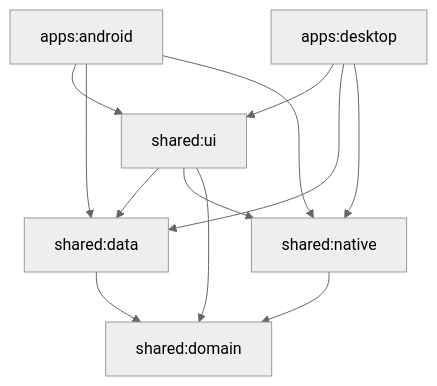
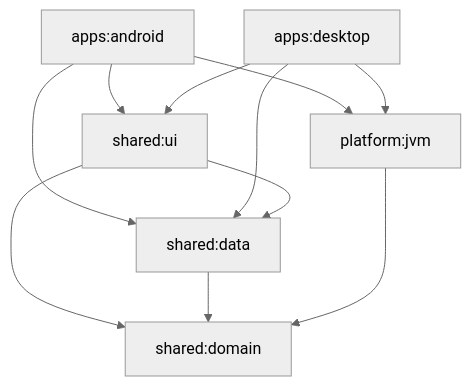
Before and after one commit to Yancey2023/CHelper: the diagram in CHelper-Compose/docs/architecture.md, drawn with Mermaid (neutral theme). The commit also changed other lines of this file and 316 other files, not shown here.

````diff
--- a/CHelper-Compose/docs/architecture.md
+++ b/CHelper-Compose/docs/architecture.md
@@ -85,14 +85,13 @@
 ```mermaid
 flowchart TD
     Android[apps:android] --> UI[shared:ui]
     Desktop[apps:desktop] --> UI
     Android --> Data[shared:data]
     Desktop --> Data
-    Android --> Native[shared:native]
+    Android --> Native[platform:jvm]
     Desktop --> Native
     UI --> Data
-    UI --> Native
     UI --> Domain[shared:domain]
     Data --> Domain
     Native --> Domain
 ```
````
